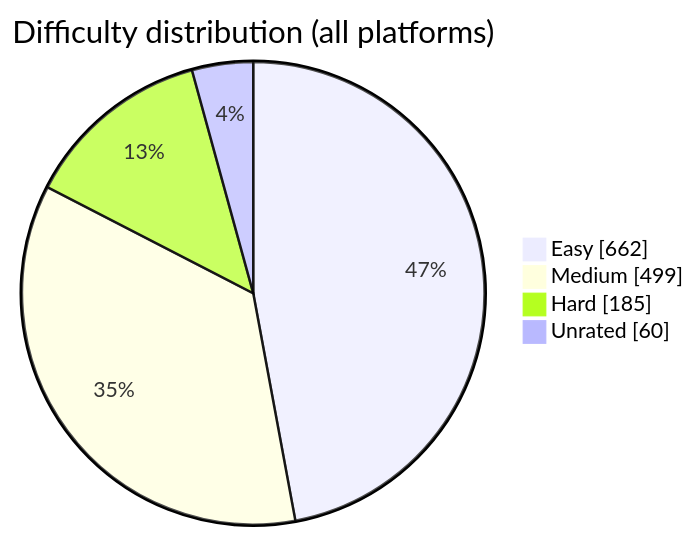
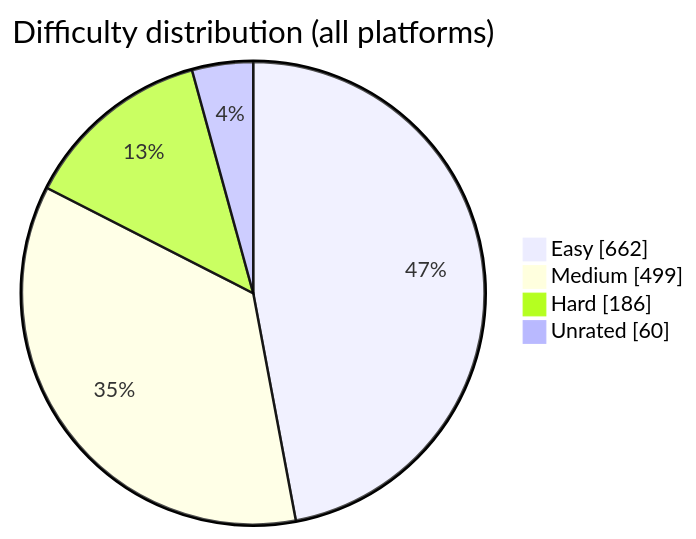
The diagram in README.md (BuildbyArindam/Daily-Coding-Log), drawn with Mermaid before and after one commit. The commit also changed other lines of this file, not shown here.

````diff
--- a/README.md
+++ b/README.md
@@ -93,7 +93,7 @@
 ```mermaid
 pie showData title Difficulty distribution (all platforms)
     "Easy" : 662
     "Medium" : 499
-    "Hard" : 185
+    "Hard" : 186
     "Unrated" : 60
 ```
````
